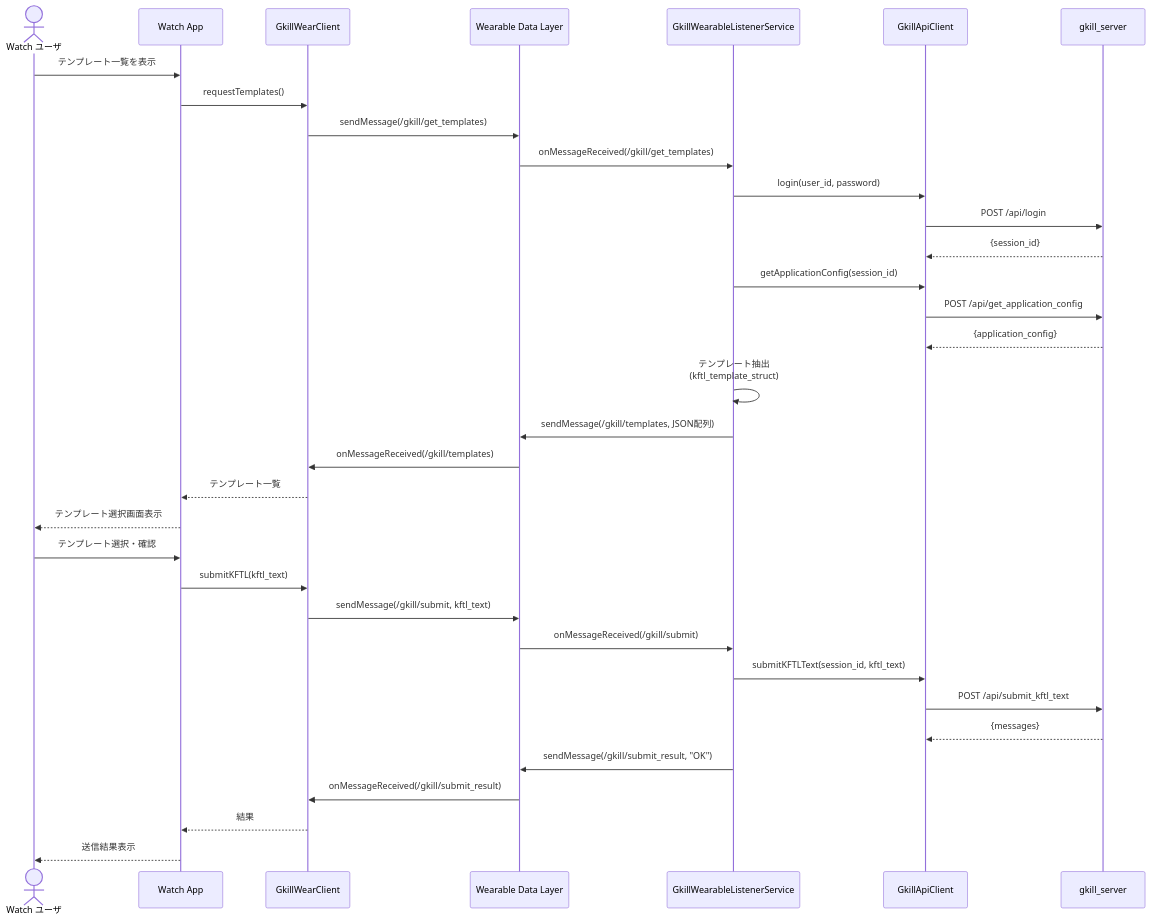
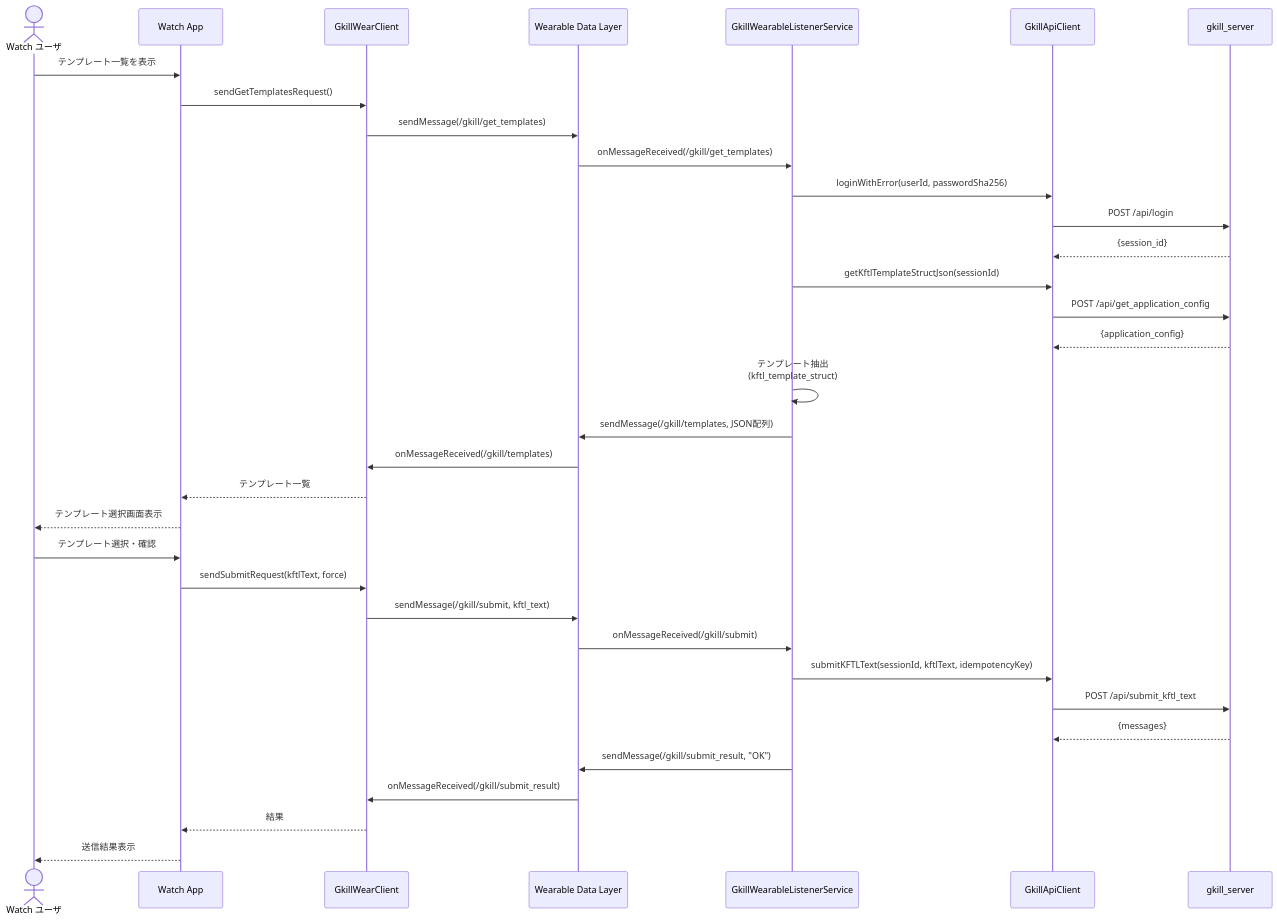
Diagram 15 of 29 in documents/reverse/sequence-diagrams.md (mt3hr/gkill), drawn with Mermaid before and after one commit. The commit also changed other lines of this file and 2 other files, not shown here.

Commit message:
Fix シーケンス図と利用シナリオに書かれていた、実在しない TS・Kotlin・MCP の関数名を実コードに合わせる
言語をまたぐ呼び出しを資料から追えるようにする作業の中で、図に書かれた名前がコードに無いものを直す。

- sequence-diagrams.md §4 addKmemo(session_id, kmemo) → add_kmemo(req)、
  §18 browseZipContents(session_id, idf_kyou_id) → browse_zip_contents(req)
- 同 §15（Wear OS）: requestTemplates() → sendGetTemplatesRequest()、login(user_id, password) →
  loginWithError(userId, passwordSha256)、getApplicationConfig(session_id) → getKftlTemplateStructJson(sessionId)、
  submitKFTL(kftl_text) → sendSubmitRequest(kftlText, force)、submitKFTLText に idempotencyKey を足す
- scenario.md: add_mi_re_kyou(req) → add_mirekyou(req)、MCP の GkillReadClient / normalizeKyouArgs / callRead →
  GkillClient / NormalizeKyouArgs / CallContext.callApi（中で GkillClient.CallApi）
- dvnf-rep-type-spec.md: GkillAPI.getApplicationConfig() → GkillAPI.get_application_config()

同じ言語の中の図の古さ（class-diagrams.md の実在しない constructor など）はこのコミットでは触らない。

````diff
--- a/documents/reverse/sequence-diagrams.md
+++ b/documents/reverse/sequence-diagrams.md
@@ -524,38 +524,38 @@
 ```mermaid
 sequenceDiagram
     actor User as Watch ユーザ
     participant Watch as Watch App
     participant WearClient as GkillWearClient
     participant DataLayer as Wearable Data Layer
     participant Companion as GkillWearableListenerService
     participant ApiClient as GkillApiClient
     participant Server as gkill_server
 
     User->>Watch: テンプレート一覧を表示
-    Watch->>WearClient: requestTemplates()
+    Watch->>WearClient: sendGetTemplatesRequest()
     WearClient->>DataLayer: sendMessage(/gkill/get_templates)
     DataLayer->>Companion: onMessageReceived(/gkill/get_templates)
-    Companion->>ApiClient: login(user_id, password)
+    Companion->>ApiClient: loginWithError(userId, passwordSha256)
     ApiClient->>Server: POST /api/login
     Server-->>ApiClient: {session_id}
-    Companion->>ApiClient: getApplicationConfig(session_id)
+    Companion->>ApiClient: getKftlTemplateStructJson(sessionId)
     ApiClient->>Server: POST /api/get_application_config
     Server-->>ApiClient: {application_config}
     Companion->>Companion: テンプレート抽出<br>(kftl_template_struct)
     Companion->>DataLayer: sendMessage(/gkill/templates, JSON配列)
     DataLayer->>WearClient: onMessageReceived(/gkill/templates)
     WearClient-->>Watch: テンプレート一覧
     Watch-->>User: テンプレート選択画面表示
 
     User->>Watch: テンプレート選択・確認
-    Watch->>WearClient: submitKFTL(kftl_text)
+    Watch->>WearClient: sendSubmitRequest(kftlText, force)
     WearClient->>DataLayer: sendMessage(/gkill/submit, kftl_text)
     DataLayer->>Companion: onMessageReceived(/gkill/submit)
-    Companion->>ApiClient: submitKFTLText(session_id, kftl_text)
+    Companion->>ApiClient: submitKFTLText(sessionId, kftlText, idempotencyKey)
     ApiClient->>Server: POST /api/submit_kftl_text
     Server-->>ApiClient: {messages}
     Companion->>DataLayer: sendMessage(/gkill/submit_result, "OK")
     DataLayer->>WearClient: onMessageReceived(/gkill/submit_result)
     WearClient-->>Watch: 結果
     Watch-->>User: 送信結果表示
 ```
````
